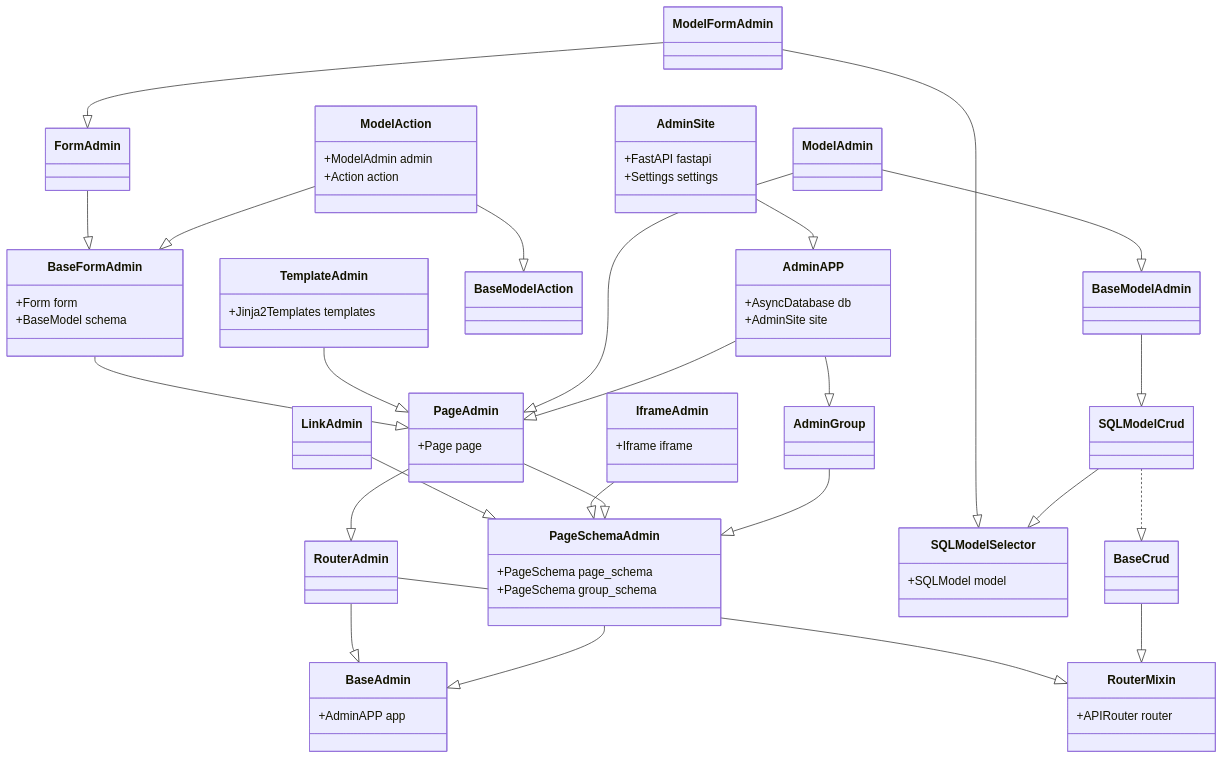
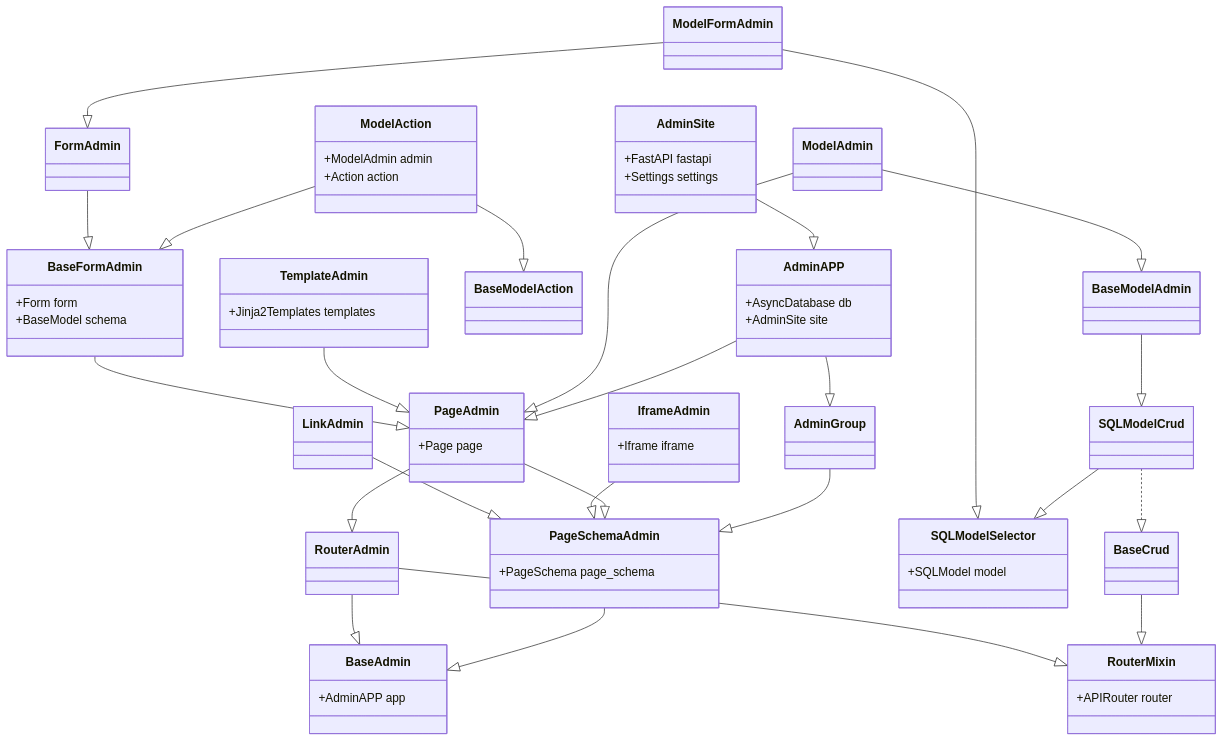
The first of 2 diagrams in docs/en/docs/amis_admin/BaseAdmin.md (amisadmin/fastapi-amis-admin), drawn with Mermaid before and after one commit. The commit also changed 16 other files, not shown here.

Commit message:
perf: Deprecate the `group_schema` attribute to simplify code.

````diff
--- a/docs/en/docs/amis_admin/BaseAdmin.md
+++ b/docs/en/docs/amis_admin/BaseAdmin.md
@@ -30,61 +30,60 @@
 ``` mermaid
 classDiagram
 	%% admin
     class RouterMixin
     RouterMixin: +APIRouter router
     RouterAdmin --|> RouterMixin
     class BaseAdmin
     BaseAdmin: +AdminAPP app
     RouterAdmin --|> BaseAdmin
     PageSchemaAdmin --|> BaseAdmin
     PageSchemaAdmin: +PageSchema page_schema
-    PageSchemaAdmin: +PageSchema group_schema
     
     LinkAdmin --|> PageSchemaAdmin
     IframeAdmin --|> PageSchemaAdmin
     IframeAdmin: +Iframe iframe
     
     PageAdmin --|> PageSchemaAdmin
     PageAdmin --|> RouterAdmin
     PageAdmin: +Page page
     
     BaseFormAdmin --|> PageAdmin
     BaseFormAdmin: +Form form
     BaseFormAdmin: +BaseModel schema
     
     FormAdmin --|> BaseFormAdmin
     
     TemplateAdmin --|> PageAdmin
     TemplateAdmin: +Jinja2Templates templates
     
     %% model
     ModelFormAdmin --|> FormAdmin
     ModelFormAdmin --|> SQLModelSelector
     ModelAction --|> BaseFormAdmin
     ModelAction --|> BaseModelAction
     ModelAction: +ModelAdmin admin
     ModelAction: +Action action
     
     class SQLModelSelector
     SQLModelSelector: +SQLModel model
     BaseCrud --|> RouterMixin
     SQLModelCrud ..|> BaseCrud
     SQLModelCrud --|> SQLModelSelector
     
     BaseModelAdmin --|> SQLModelCrud
     ModelAdmin --|> BaseModelAdmin
 	ModelAdmin --|> PageAdmin
 	
 	%% group,app,site
 	AdminGroup --|> PageSchemaAdmin
 	
     AdminAPP --|> AdminGroup
     AdminAPP --|> PageAdmin
     AdminAPP: +AsyncDatabase db
     AdminAPP: +AdminSite site
     
     AdminSite --|> AdminAPP
     AdminSite: +FastAPI fastapi
     AdminSite: +Settings settings
     
 ```
````
